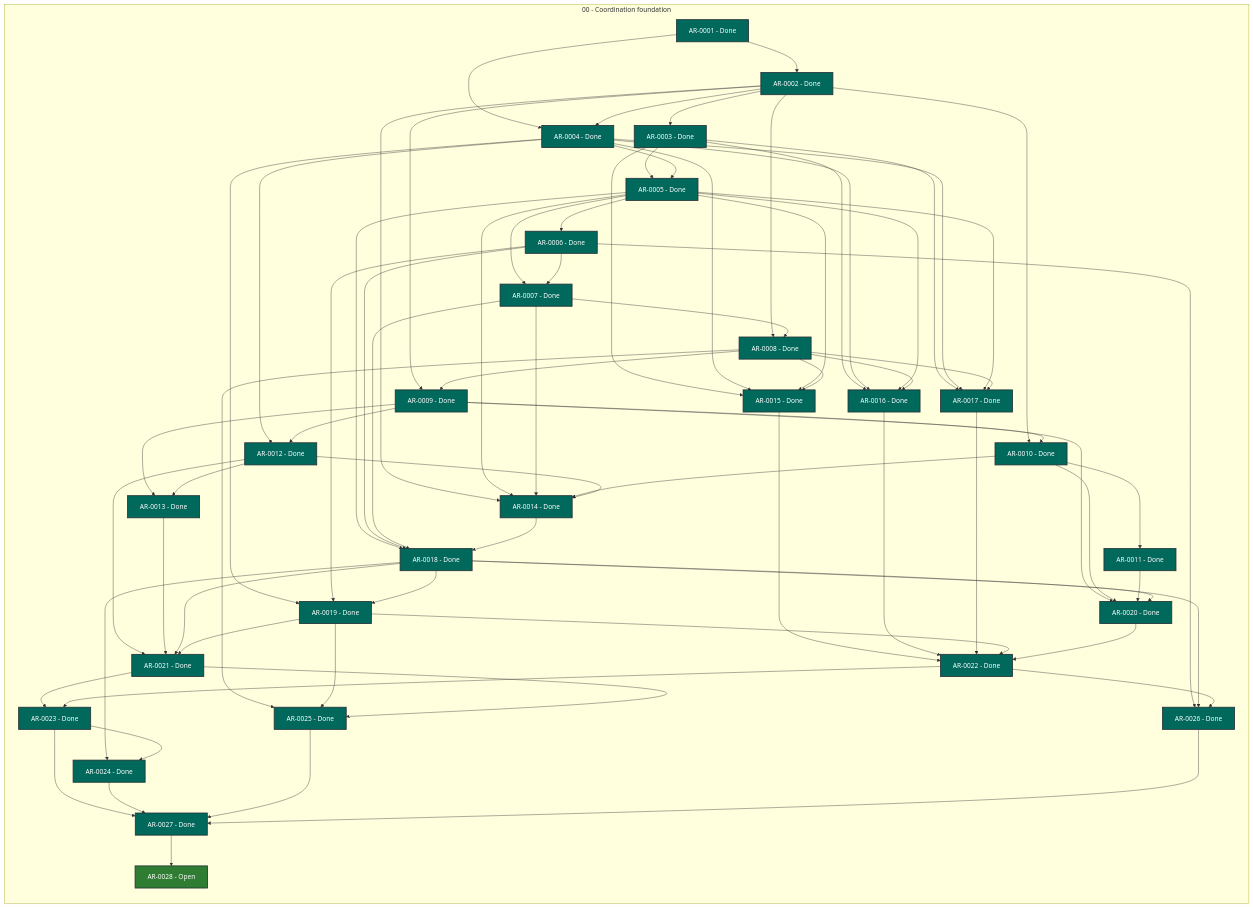
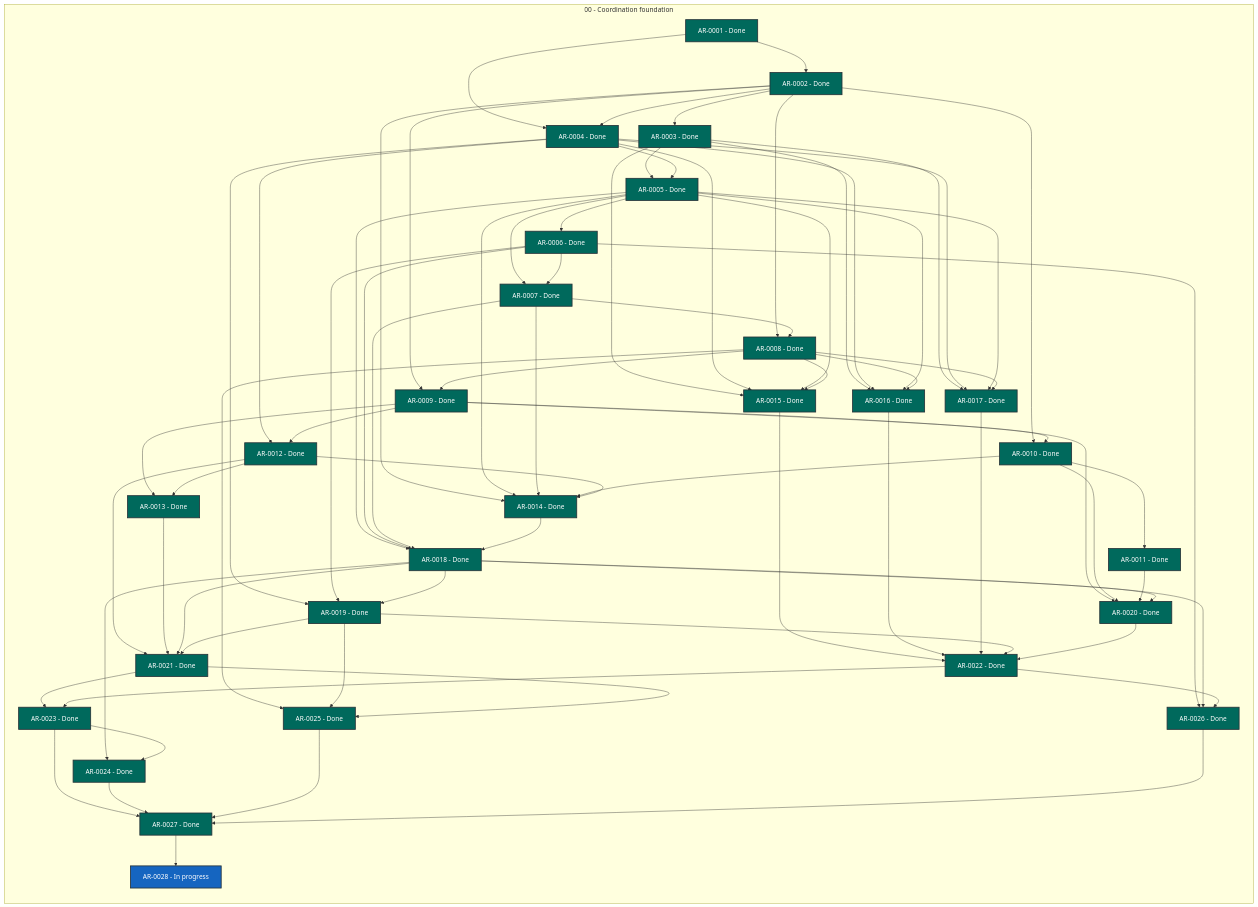
Before and after one commit to martin-beck/agent-workflow-runtime-state: the diagram in STATUS.md, drawn with Mermaid. The commit also changed other lines of this file and 2 other files, not shown here.

```diff
--- a/STATUS.md
+++ b/STATUS.md
@@ -55,7 +55,7 @@
         AR_0025["AR-0025 - Done"]:::status_done
         AR_0026["AR-0026 - Done"]:::status_done
         AR_0027["AR-0027 - Done"]:::status_done
-        AR_0028["AR-0028 - Open"]:::status_open
+        AR_0028["AR-0028 - In progress"]:::status_in_progress
     end
     AR_0001 --> AR_0002
     AR_0001 --> AR_0004
```
